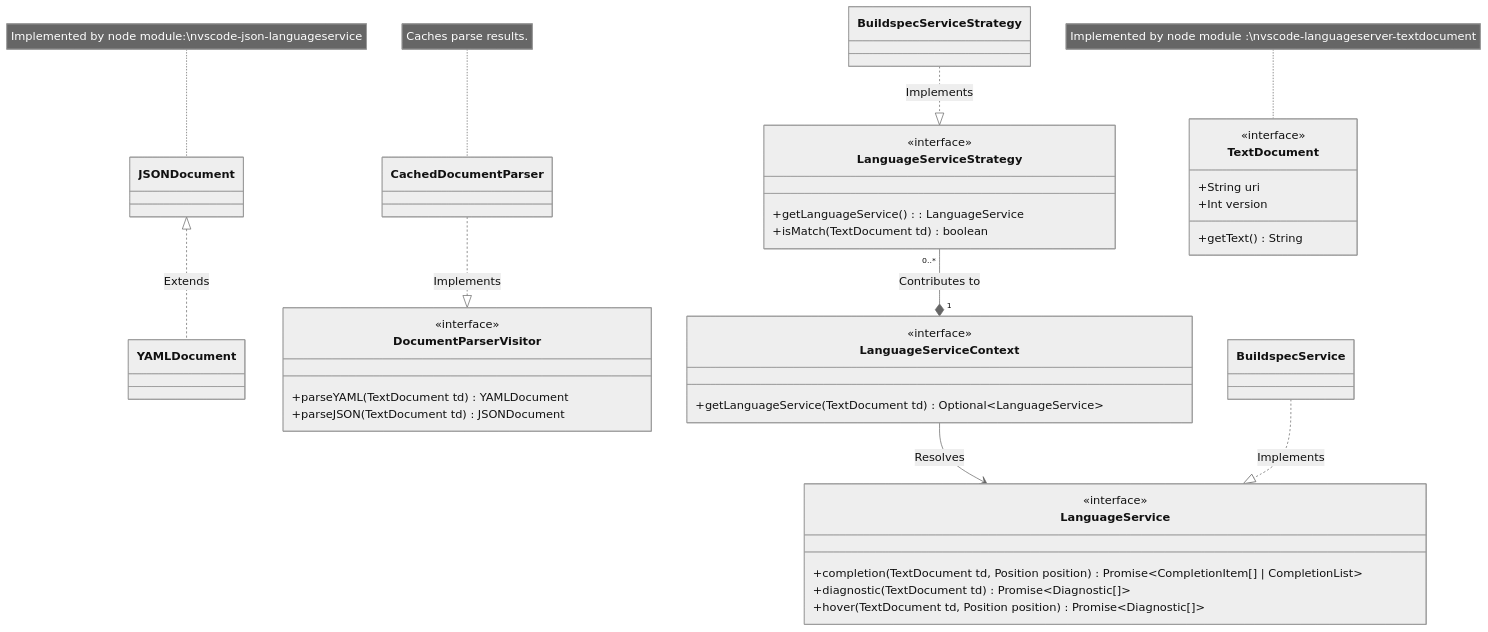
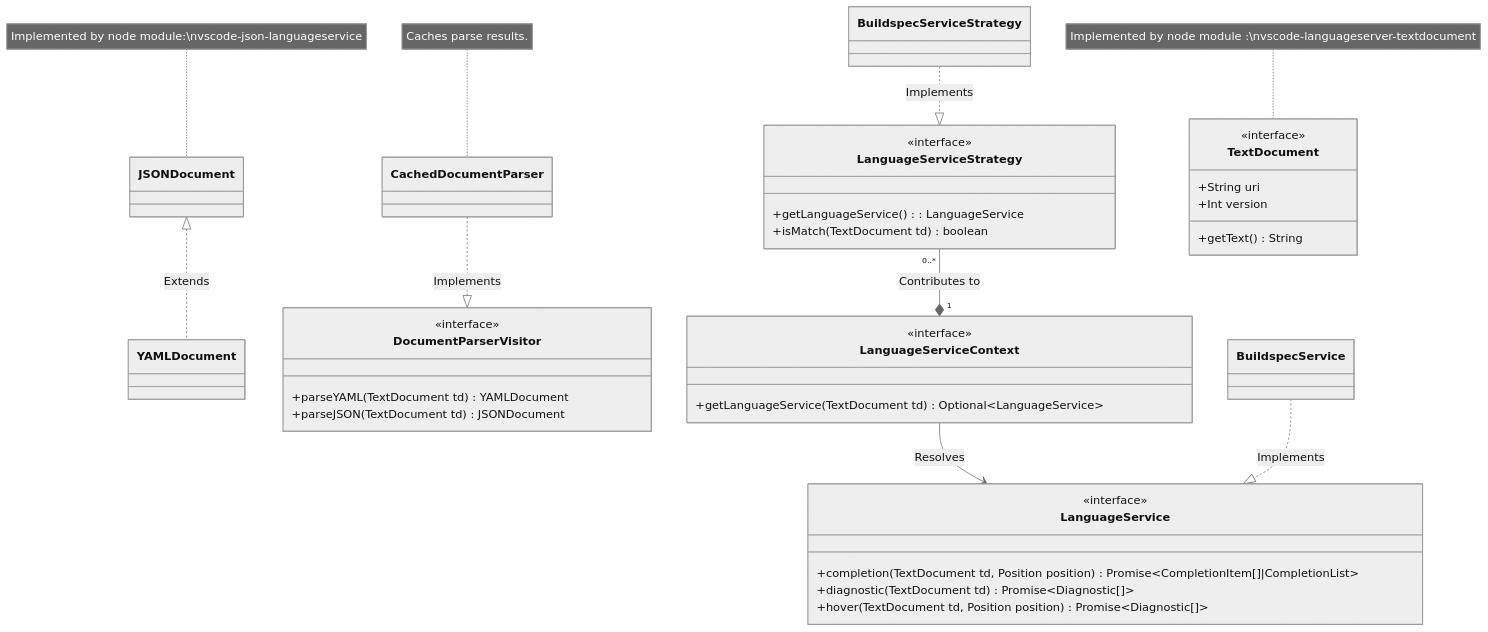
Before and after one commit to aws/language-servers: the diagram in ARCHITECTURE.md, drawn with Mermaid (neutral theme).

Commit message:
Fix ARCHITECTURE.md mermaid diagram not rendering
Cannot have spaces in this certain section

````diff
--- a/ARCHITECTURE.md
+++ b/ARCHITECTURE.md
@@ -51,79 +51,79 @@
 ```mermaid
 classDiagram
 
 
 
     class JSONDocument {
 
     }
 
     note for JSONDocument "Implemented by node module:\nvscode-json-languageservice"
 
     class YAMLDocument {
 
     }
 
 
     JSONDocument <|.. YAMLDocument : Extends
 
     class DocumentParserVisitor {
         <<interface>>
         +parseYAML(TextDocument td) YAMLDocument
         +parseJSON(TextDocument td) JSONDocument
     }
 
     note for CachedDocumentParser "Caches parse results."
     class CachedDocumentParser {
 
     }
 
     CachedDocumentParser ..|> DocumentParserVisitor : Implements
 
     %% ---
 
     class LanguageServiceStrategy {
         <<interface>>
         +getLanguageService(): LanguageService
         +isMatch(TextDocument td) boolean
     }
 
     LanguageServiceStrategy "0..*" --* "1" LanguageServiceContext : Contributes to
 
     class BuildspecServiceStrategy {
 
     }
 
     BuildspecServiceStrategy ..|> LanguageServiceStrategy : Implements
 
     class LanguageServiceContext {
         <<interface>>
         +getLanguageService(TextDocument td) Optional~LanguageService~
     }
 
     LanguageServiceContext --> LanguageService : Resolves
 
     %% ---
 
     class LanguageService {
         <<interface>>
-        +completion(TextDocument td, Position position) Promise~CompletionItem[] | CompletionList~
+        +completion(TextDocument td, Position position) Promise~CompletionItem[]|CompletionList~
         +diagnostic(TextDocument td) Promise~Diagnostic[]~
         +hover(TextDocument td, Position position) Promise~Diagnostic[]~
     }
 
     class BuildspecService {
 
     }
 
     BuildspecService ..|> LanguageService : Implements
 
     %% ---
 
     note for TextDocument "Implemented by node module :\nvscode-languageserver-textdocument"
     class TextDocument {
         <<interface>>
         +String uri
         +Int version
         +getText() String
     }
 ```
````
